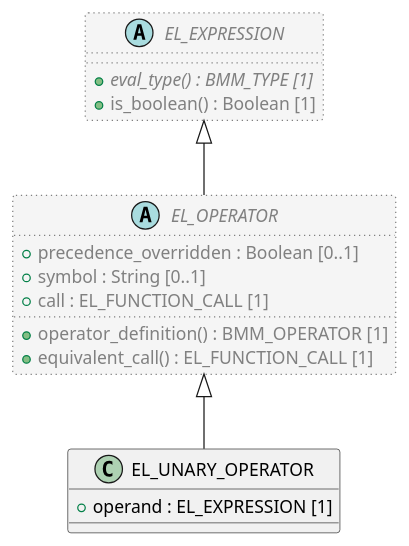
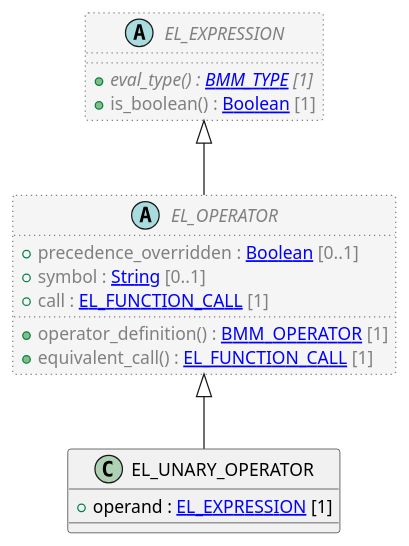
The diagram in code/Adoc/openehr_lang_1.1.0/plantUML/classes/el_unary_operator.adoc (sebastian-iancu/code-generator), drawn with PlantUML before and after one commit. The commit also changed 1502 other files, not shown here.

```diff
--- a/code/Adoc/openehr_lang_1.1.0/plantUML/classes/el_unary_operator.adoc
+++ b/code/Adoc/openehr_lang_1.1.0/plantUML/classes/el_unary_operator.adoc
@@ -1,28 +1,28 @@
-[plantuml,EL_UNARY_OPERATOR,format=svg,svg-type="inline"]
+[plantuml,EL_UNARY_OPERATOR,format=svg,opts=inline]
 -----
 @startuml
 
 class EL_UNARY_OPERATOR {
-  + operand : EL_EXPRESSION [1]
+  + operand : [[https://specifications.openehr.org/classes/EL_EXPRESSION EL_EXPRESSION]] [1]
 }
 
 abstract class EL_OPERATOR  #whitesmoke;line:gray;line.dotted;text:gray {
-  + precedence_overridden : Boolean [0..1]
-  + symbol : String [0..1]
-  + call : EL_FUNCTION_CALL [1]
-  + operator_definition() : BMM_OPERATOR [1]
-  + equivalent_call() : EL_FUNCTION_CALL [1]
+  + precedence_overridden : [[https://specifications.openehr.org/classes/Boolean Boolean]] [0..1]
+  + symbol : [[https://specifications.openehr.org/classes/String String]] [0..1]
+  + call : [[https://specifications.openehr.org/classes/EL_FUNCTION_CALL EL_FUNCTION_CALL]] [1]
+  + operator_definition() : [[https://specifications.openehr.org/classes/BMM_OPERATOR BMM_OPERATOR]] [1]
+  + equivalent_call() : [[https://specifications.openehr.org/classes/EL_FUNCTION_CALL EL_FUNCTION_CALL]] [1]
 }
 
 abstract class EL_EXPRESSION  #whitesmoke;line:gray;line.dotted;text:gray {
-  + {abstract} eval_type() : BMM_TYPE [1]
-  + is_boolean() : Boolean [1]
+  + {abstract} eval_type() : [[https://specifications.openehr.org/classes/BMM_TYPE BMM_TYPE]] [1]
+  + is_boolean() : [[https://specifications.openehr.org/classes/Boolean Boolean]] [1]
 }
 
 EL_EXPRESSION <|-- EL_OPERATOR
 
 EL_OPERATOR <|-- EL_UNARY_OPERATOR
 
 
 @enduml
 -----
```
